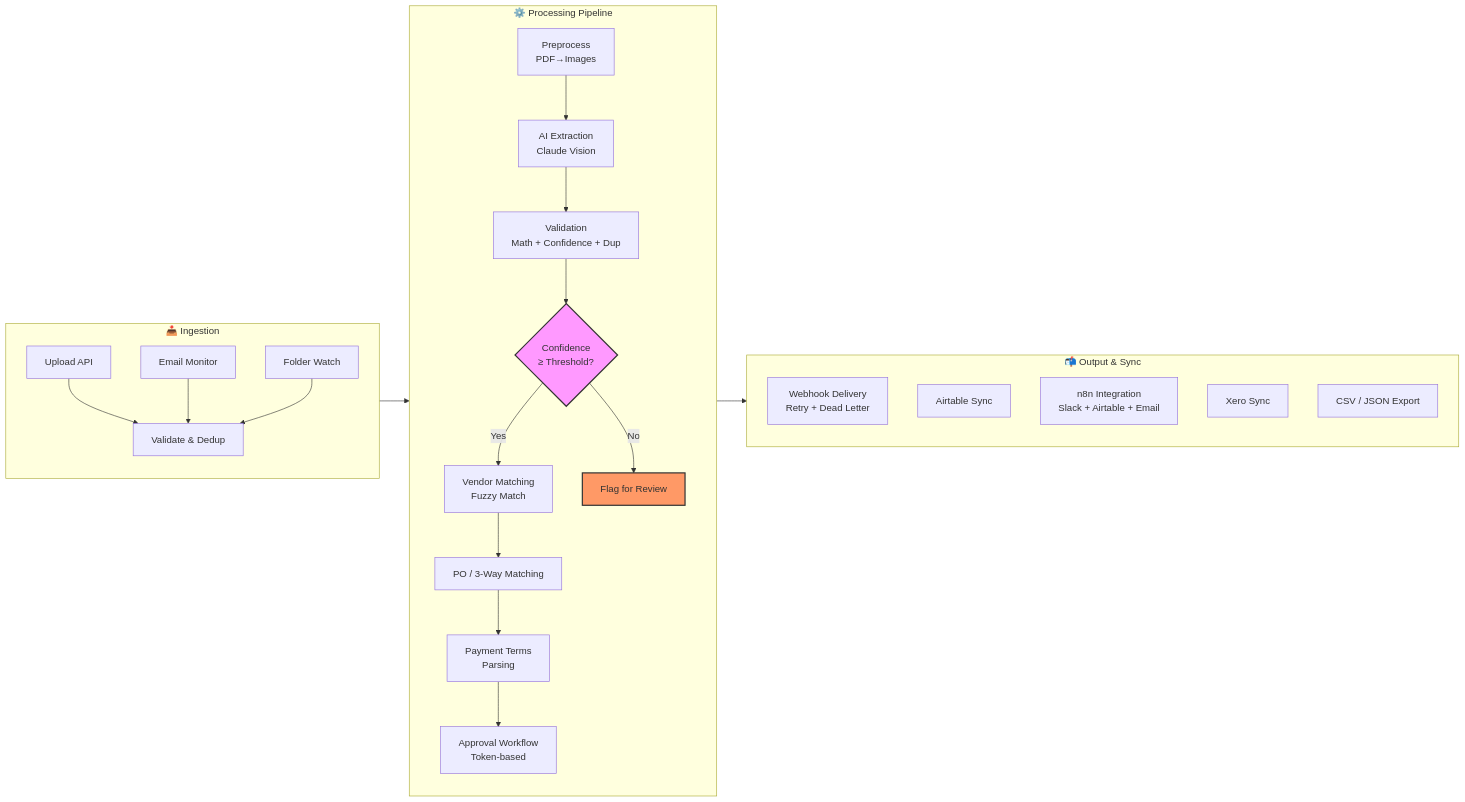
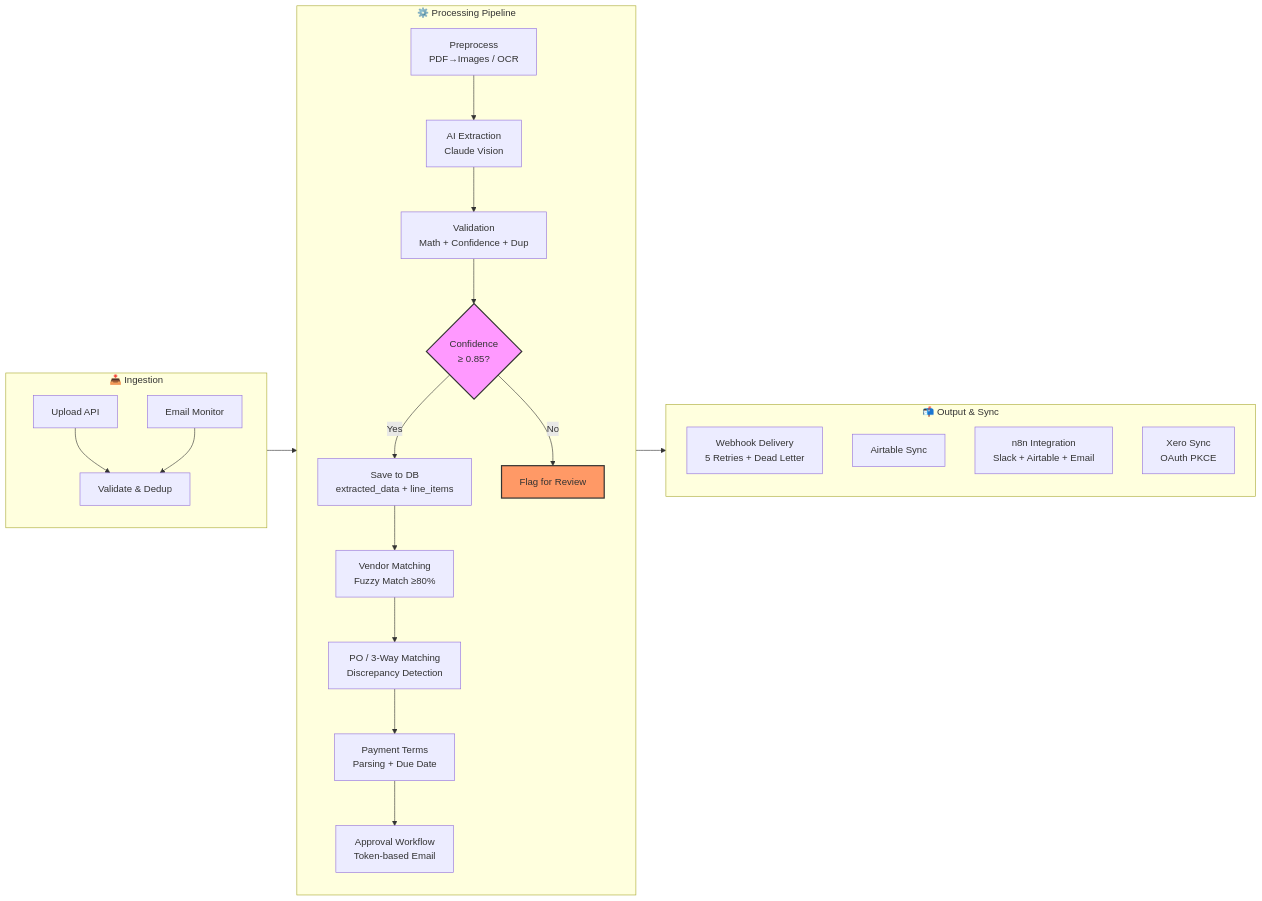
Before and after one commit to tairq/Invoice-Automation: the diagram in README.md, drawn with Mermaid. The commit also changed other lines of this file, not shown here.

````diff
--- a/README.md
+++ b/README.md
@@ -30,33 +33,32 @@
 ```mermaid
 flowchart LR
     subgraph Ingestion["📥 Ingestion"]
         A1[Upload API] --> A2[Validate & Dedup]
         A3[Email Monitor] --> A2
-        A4[Folder Watch] --> A2
     end
 
     subgraph Processing["⚙️ Processing Pipeline"]
-        B[Preprocess\nPDF→Images] --> C[AI Extraction\nClaude Vision]
-        C --> D[Validation\nMath + Confidence + Dup]
-        D --> E{Confidence\n≥ Threshold?}
-        E -->|Yes| F[Vendor Matching\nFuzzy Match]
+        B[Preprocess<br/>PDF→Images / OCR] --> C[AI Extraction<br/>Claude Vision]
+        C --> D[Validation<br/>Math + Confidence + Dup]
+        D --> E{Confidence<br/>≥ 0.85?}
+        E -->|Yes| F[Save to DB<br/>extracted_data + line_items]
         E -->|No| G[Flag for Review]
-        F --> H[PO / 3-Way Matching]
-        H --> I[Payment Terms\nParsing]
-        I --> J[Approval Workflow\nToken-based]
+        F --> H[Vendor Matching<br/>Fuzzy Match ≥80%]
+        H --> I[PO / 3-Way Matching<br/>Discrepancy Detection]
+        I --> J[Payment Terms<br/>Parsing + Due Date]
+        J --> K[Approval Workflow<br/>Token-based Email]
     end
 
     subgraph Output["📬 Output & Sync"]
-        K1[Webhook Delivery\nRetry + Dead Letter]
-        K2[Airtable Sync]
-        K3[n8n Integration\nSlack + Airtable + Email]
-        K4[Xero Sync]
-        K5[CSV / JSON Export]
+        L[Webhook Delivery<br/>5 Retries + Dead Letter]
+        M[Airtable Sync]
+        N[n8n Integration<br/>Slack + Airtable + Email]
+        O[Xero Sync<br/>OAuth PKCE]
     end
 
     Ingestion --> Processing
     Processing --> Output
 
     style E fill:#f9f,stroke:#333,stroke-width:2px
     style G fill:#f96,stroke:#333,stroke-width:2px
 ```
````
